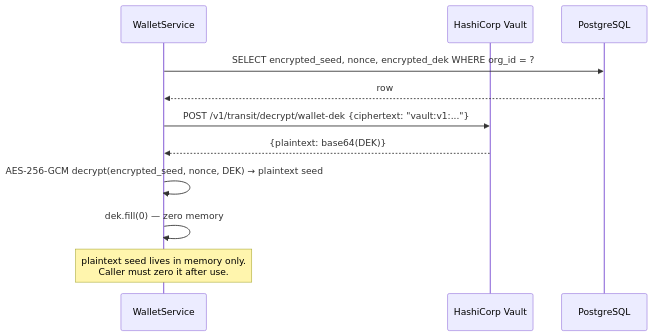
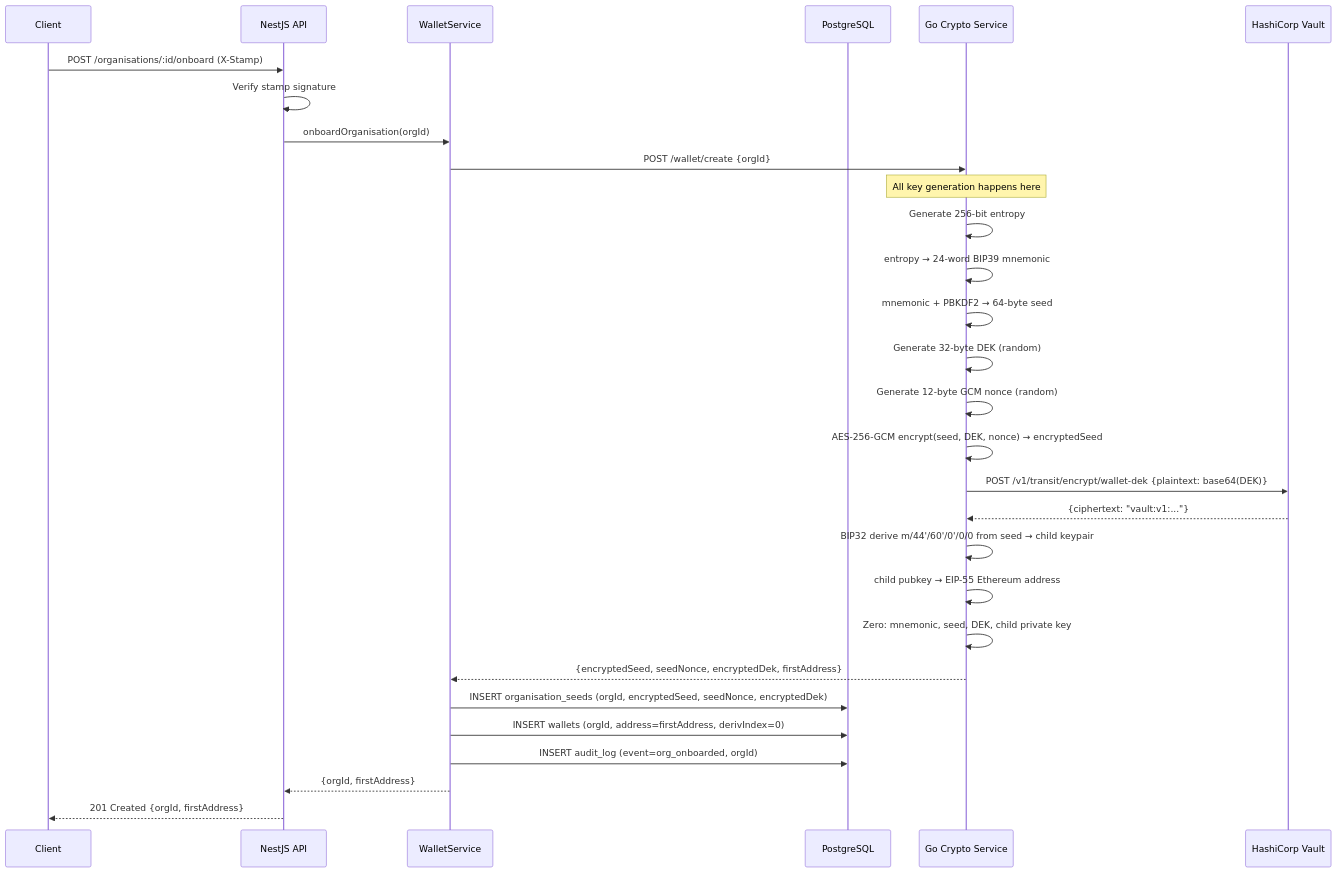
One commit to sg-milad/BrokeTurnkey changed the second of 5 diagrams in docs/SEQUENCE_DIAGRAMS.md. Above: the diagram before and after it, drawn with Mermaid. The commit also changed other lines of this file and 6 other files, not shown here.

````diff
--- a/docs/SEQUENCE_DIAGRAMS.md
+++ b/docs/SEQUENCE_DIAGRAMS.md
@@ -36,17 +41,39 @@
 ```mermaid
 sequenceDiagram
+    participant C as Client
+    participant API as NestJS API
     participant WS as WalletService
+    participant DB as PostgreSQL
+    participant GO as Go Crypto Service
     participant V as HashiCorp Vault
-    participant DB as PostgreSQL
 
-    WS->>DB: SELECT encrypted_seed, nonce, encrypted_dek WHERE org_id = ?
-    DB-->>WS: row
+    C->>API: POST /organisations/:id/onboard (X-Stamp)
+    API->>API: Verify stamp signature
+    API->>WS: onboardOrganisation(orgId)
 
-    WS->>V: POST /v1/transit/decrypt/wallet-dek {ciphertext: "vault:v1:..."}
-    V-->>WS: {plaintext: base64(DEK)}
+    WS->>GO: POST /wallet/create {orgId}
 
-    WS->>WS: AES-256-GCM decrypt(encrypted_seed, nonce, DEK) → plaintext seed
-    WS->>WS: dek.fill(0) — zero memory
+    note over GO: All key generation happens here
+    GO->>GO: Generate 256-bit entropy
+    GO->>GO: entropy → 24-word BIP39 mnemonic
+    GO->>GO: mnemonic + PBKDF2 → 64-byte seed
+    GO->>GO: Generate 32-byte DEK (random)
+    GO->>GO: Generate 12-byte GCM nonce (random)
+    GO->>GO: AES-256-GCM encrypt(seed, DEK, nonce) → encryptedSeed
 
-    note over WS: plaintext seed lives in memory only.<br/>Caller must zero it after use.
+    GO->>V: POST /v1/transit/encrypt/wallet-dek {plaintext: base64(DEK)}
+    V-->>GO: {ciphertext: "vault:v1:..."}
+
+    GO->>GO: BIP32 derive m/44'/60'/0'/0/0 from seed → child keypair
+    GO->>GO: child pubkey → EIP-55 Ethereum address
+    GO->>GO: Zero: mnemonic, seed, DEK, child private key
+
+    GO-->>WS: {encryptedSeed, seedNonce, encryptedDek, firstAddress}
+
+    WS->>DB: INSERT organisation_seeds (orgId, encryptedSeed, seedNonce, encryptedDek)
+    WS->>DB: INSERT wallets (orgId, address=firstAddress, derivIndex=0)
+    WS->>DB: INSERT audit_log (event=org_onboarded, orgId)
+
+    WS-->>API: {orgId, firstAddress}
+    API-->>C: 201 Created {orgId, firstAddress}
 ```
````
